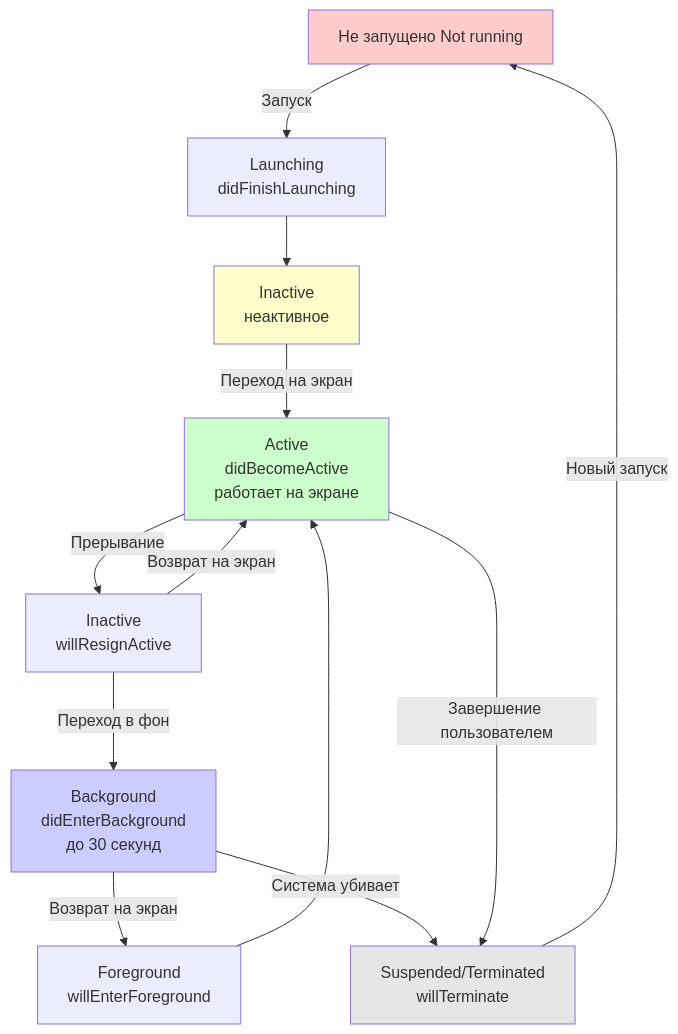
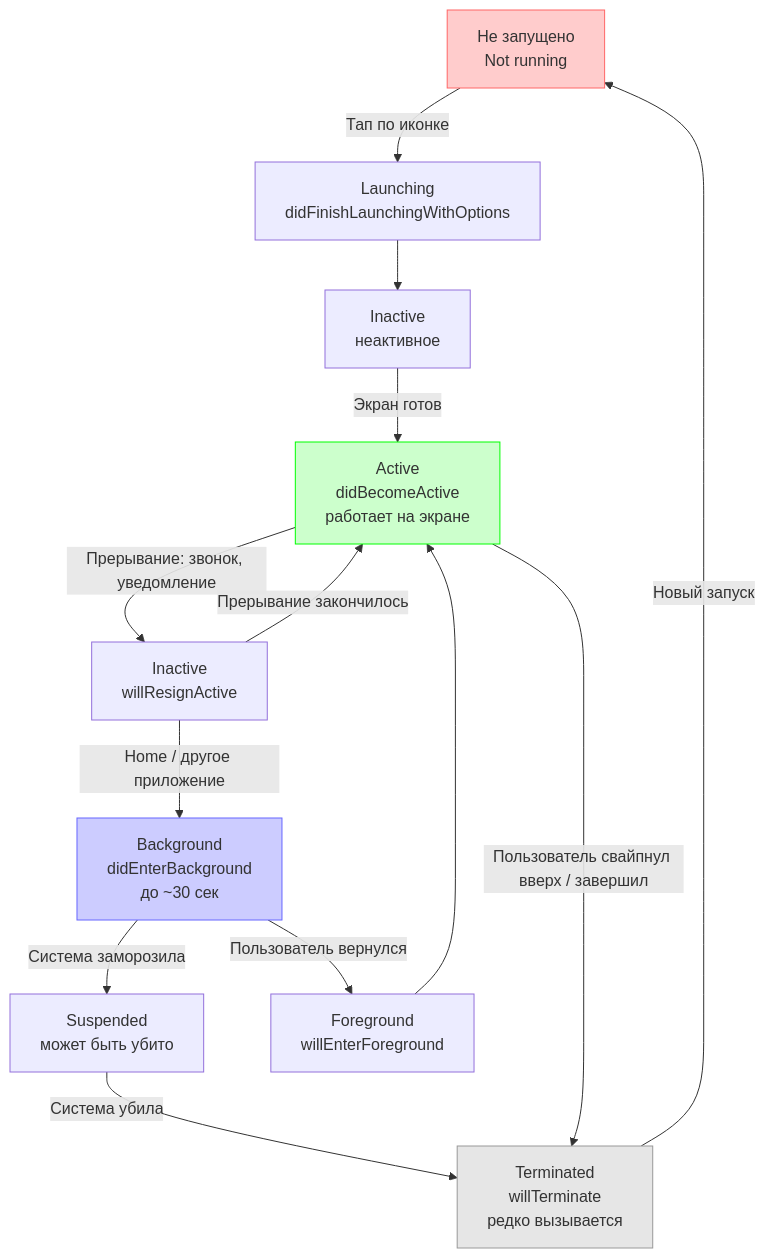
The diagram in Swift/Теория/UIKit/UIApplication.md (NuttyCheese/Obsidian), drawn with Mermaid before and after one commit. The commit also changed other lines of this file and 33 other files, not shown here.

````diff
--- a/Swift/Теория/UIKit/UIApplication.md
+++ b/Swift/Теория/UIKit/UIApplication.md
@@ -62,25 +30,23 @@
 ```mermaid
 flowchart TD
-    Start[Не запущено Not running] -->|Запуск| Launch[Launching<br/>didFinishLaunching]
-    Launch --> Inactive[Inactive<br/>неактивное]
-    
-    Inactive -->|Переход на экран| Active[Active<br/>didBecomeActive<br/>работает на экране]
-    
-    Active -->|Прерывание| Inactive2[Inactive<br/>willResignActive]
-    Inactive2 -->|Возврат на экран| Active
-    
-    Inactive2 -->|Переход в фон| Background[Background<br/>didEnterBackground<br/>до 30 секунд]
-    Background -->|Возврат на экран| Foreground[Foreground<br/>willEnterForeground]
-    Foreground --> Active
-    
-    Background -->|Система убивает| Terminated[Suspended/Terminated<br/>willTerminate]
-    Active -->|Завершение пользователем| Terminated
-    
-    Terminated -->|Новый запуск| Start
-    
-    style Start fill:#ffcccc
-    style Active fill:#ccffcc
-    style Inactive fill:#ffffcc
-    style Background fill:#ccccff
-    style Terminated fill:#e6e6e6
+    A[Не запущено<br>Not running] -->|Тап по иконке| B[Launching<br>didFinishLaunchingWithOptions]
+    B --> C[Inactive<br>неактивное]
+    C -->|Экран готов| D[Active<br>didBecomeActive<br>работает на экране]
+   
+    D -->|Прерывание: звонок, уведомление| E[Inactive<br>willResignActive]
+    E -->|Прерывание закончилось| D
+   
+    E -->|Home / другое приложение| F[Background<br>didEnterBackground<br>до ~30 сек]
+    F -->|Система заморозила| G[Suspended<br>может быть убито]
+    F -->|Пользователь вернулся| H[Foreground<br>willEnterForeground]
+    H --> D
+   
+    G -->|Система убила| I[Terminated<br>willTerminate<br>редко вызывается]
+    D -->|Пользователь свайпнул вверх / завершил| I
+    I -->|Новый запуск| A
+   
+    style A fill:#ffcccc,stroke:#f66
+    style D fill:#ccffcc,stroke:#0f0
+    style F fill:#ccccff,stroke:#66f
+    style I fill:#e6e6e6,stroke:#999
 ```
````
